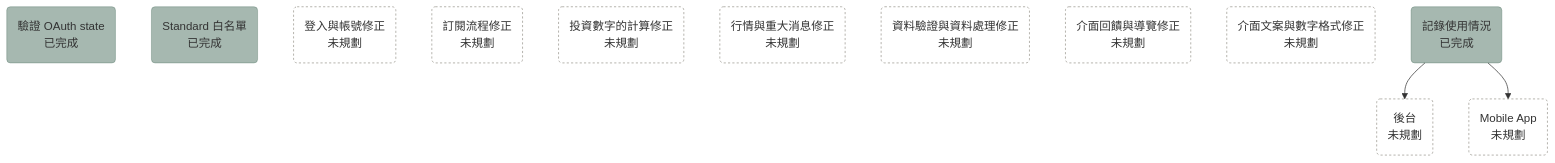
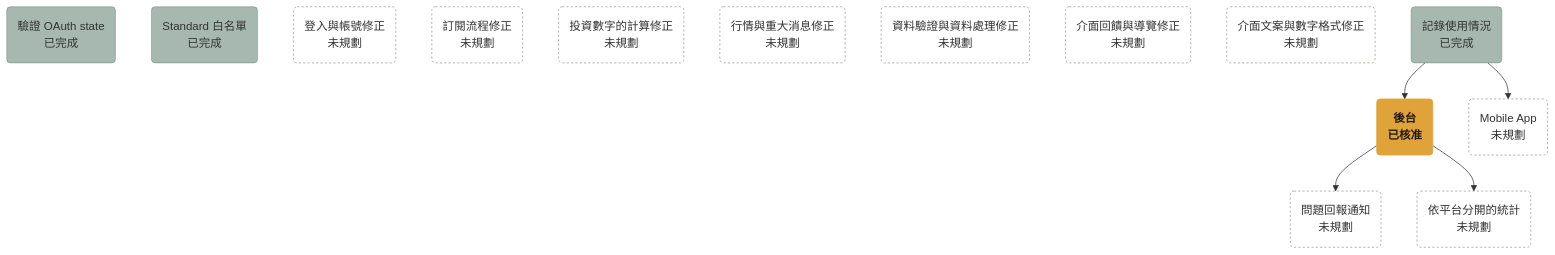
One commit to bingyangchen/taigu changed the diagram in docs/plans/roadmap.md. Above: the diagram before and after it, drawn with Mermaid. The commit also changed other lines of this file and 6 other files, not shown here.

Commit message:
[plan 0004] Add an admin console (#226)

````diff
--- a/docs/plans/roadmap.md
+++ b/docs/plans/roadmap.md
@@ -7,20 +7,24 @@
 ```mermaid
 flowchart TD
   oauth_state_check("驗證 OAuth state<br/>已完成"):::done
   standard_whitelist("Standard 白名單<br/>已完成"):::done
   login_account_fixes("登入與帳號修正<br/>未規劃"):::unplanned
   billing_fixes("訂閱流程修正<br/>未規劃"):::unplanned
   calculation_fixes("投資數字的計算修正<br/>未規劃"):::unplanned
   market_data_fixes("行情與重大消息修正<br/>未規劃"):::unplanned
   data_fixes("資料驗證與資料處理修正<br/>未規劃"):::unplanned
   ui_feedback_fixes("介面回饋與導覽修正<br/>未規劃"):::unplanned
   copy_fixes("介面文案與數字格式修正<br/>未規劃"):::unplanned
   usage_recording("記錄使用情況<br/>已完成"):::done
-  admin_console("後台<br/>未規劃"):::unplanned
+  admin_console("後台<br/>已核准"):::approved
+  issue_report_notification("問題回報通知<br/>未規劃"):::unplanned
+  per_platform_stats("依平台分開的統計<br/>未規劃"):::unplanned
   mobile_app("Mobile App<br/>未規劃"):::unplanned
   usage_recording --> admin_console
   usage_recording --> mobile_app
+  admin_console --> issue_report_notification
+  admin_console --> per_platform_stats
   classDef done fill:#4f726280,stroke:#4f726280
   classDef approved fill:#e0a33a,stroke:#e0a33a,color:#1f1a12,font-weight:bold
   classDef unplanned fill:none,stroke:#9a978f,stroke-dasharray:3 3
 ```
````
